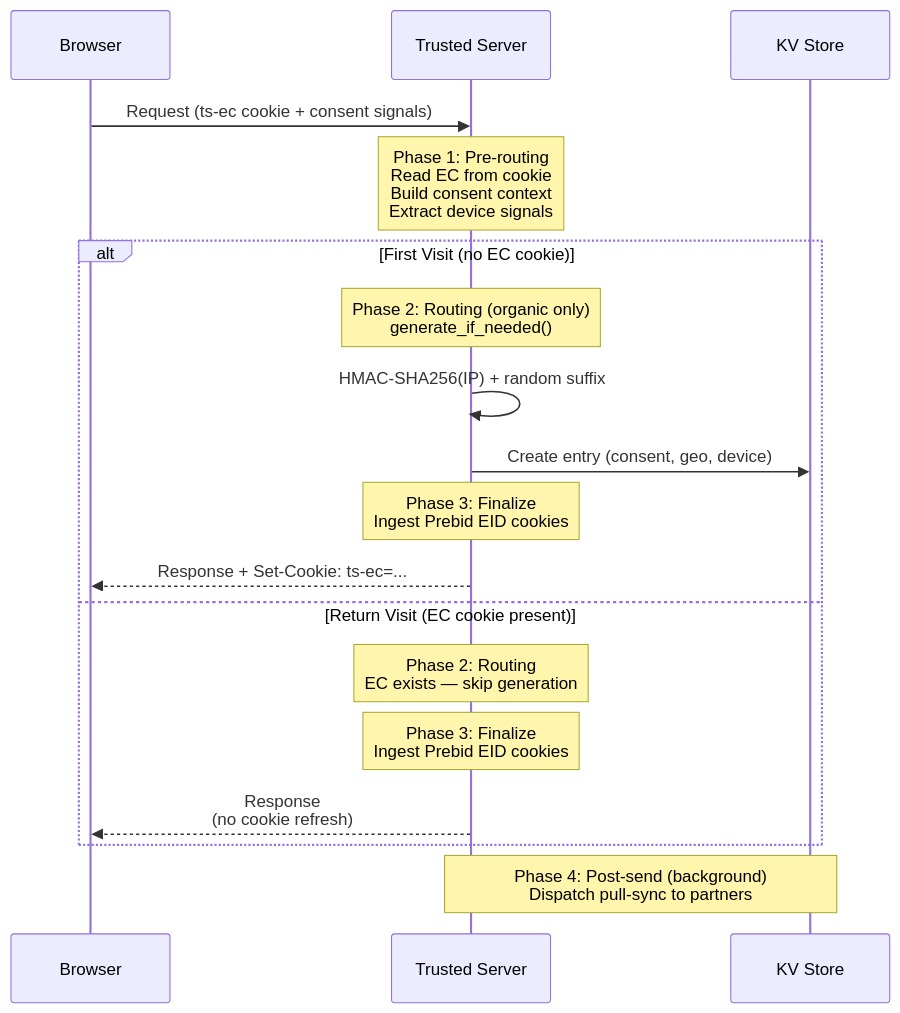
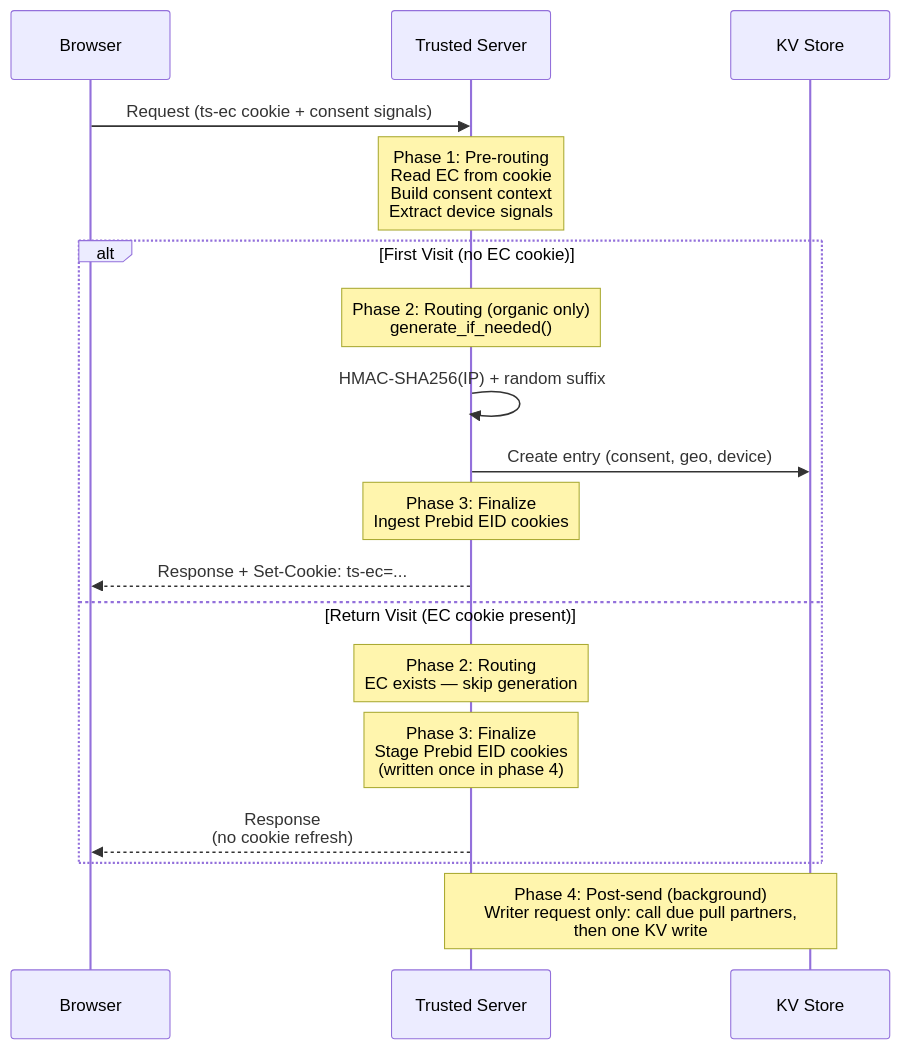
The first of 6 diagrams in docs/guide/edge-cookies.md (IABTechLab/trusted-server), drawn with Mermaid before and after one commit. The commit also changed other lines of this file and 13 other files, not shown here.

````diff
--- a/docs/guide/edge-cookies.md
+++ b/docs/guide/edge-cookies.md
@@ -47,23 +47,23 @@
 ```mermaid
 sequenceDiagram
     participant B as Browser
     participant TS as Trusted Server
     participant KV as KV Store
 
     B->>TS: Request (ts-ec cookie + consent signals)
     Note over TS: Phase 1: Pre-routing<br/>Read EC from cookie<br/>Build consent context<br/>Extract device signals
 
     alt First Visit (no EC cookie)
         Note over TS: Phase 2: Routing (organic only)<br/>generate_if_needed()
         TS->>TS: HMAC-SHA256(IP) + random suffix
         TS->>KV: Create entry (consent, geo, device)
         Note over TS: Phase 3: Finalize<br/>Ingest Prebid EID cookies
         TS-->>B: Response + Set-Cookie: ts-ec=...
     else Return Visit (EC cookie present)
         Note over TS: Phase 2: Routing<br/>EC exists — skip generation
-        Note over TS: Phase 3: Finalize<br/>Ingest Prebid EID cookies
+        Note over TS: Phase 3: Finalize<br/>Stage Prebid EID cookies<br/>(written once in phase 4)
         TS-->>B: Response<br/>(no cookie refresh)
     end
 
-    Note over TS,KV: Phase 4: Post-send (background)<br/>Dispatch pull-sync to partners
+    Note over TS,KV: Phase 4: Post-send (background)<br/>Writer request only: call due pull partners,<br/>then one KV write
 ```
````
